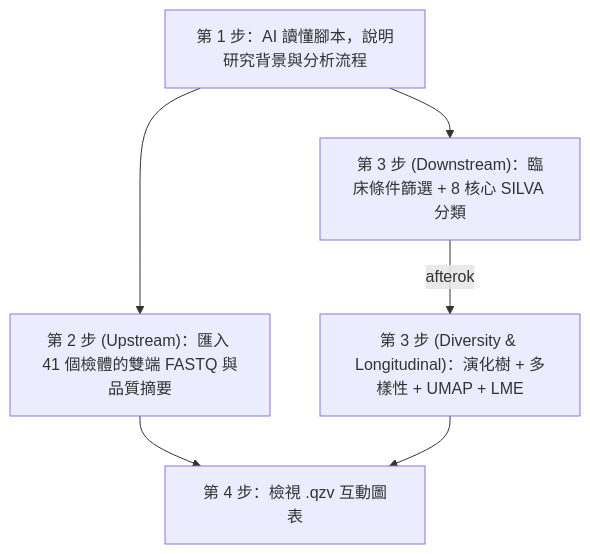
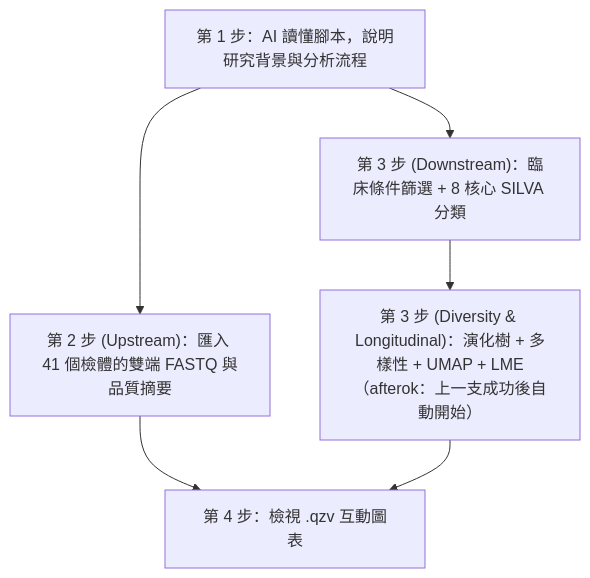
Before and after one commit to gemini960114/nano4-ngs-slurm-skill: the first of 2 diagrams in 04-qiime2-microbiome-pipeline/README.md, drawn with Mermaid. The commit also changed other lines of this file, not shown here.

First line of the commit message:
docs(04): fix Mermaid render error on the VitePress site

````diff
--- a/04-qiime2-microbiome-pipeline/README.md
+++ b/04-qiime2-microbiome-pipeline/README.md
@@ -13,8 +13,8 @@
 ```mermaid
 flowchart TD
     A["第 1 步：AI 讀懂腳本，說明研究背景與分析流程"] --> B["第 2 步 (Upstream)：匯入 41 個檢體的雙端 FASTQ 與品質摘要"]
     A --> C["第 3 步 (Downstream)：臨床條件篩選 + 8 核心 SILVA 分類"]
-    C -->|afterok| D["第 3 步 (Diversity & Longitudinal)：演化樹 + 多樣性 + UMAP + LME"]
+    C --> D["第 3 步 (Diversity & Longitudinal)：演化樹 + 多樣性 + UMAP + LME<br>（afterok：上一支成功後自動開始）"]
     B --> E["第 4 步：檢視 .qzv 互動圖表"]
     D --> E
 ```
````
